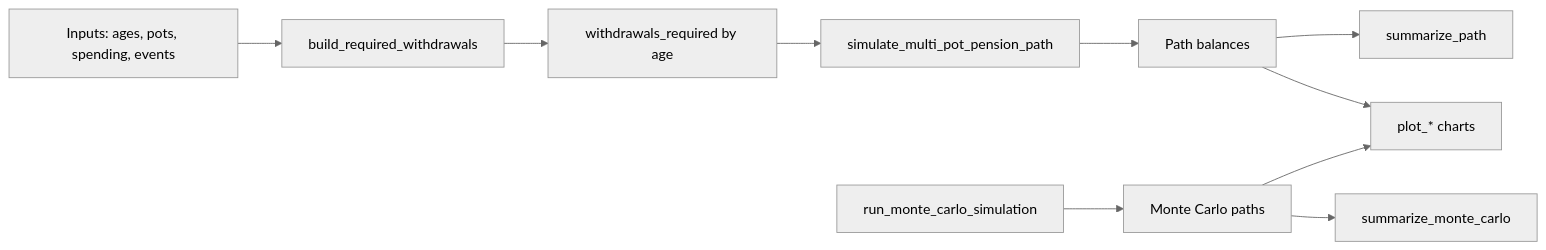
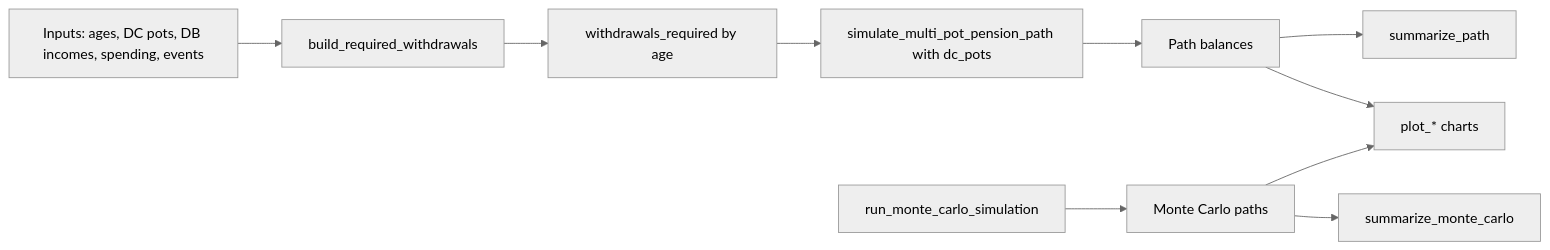
Before and after one commit to bumface11/ifa: the second of 2 diagrams in docs/ARCHITECTURE.md, drawn with Mermaid (neutral theme). The commit also changed other lines of this file and 18 other files, not shown here.

````diff
--- a/docs/ARCHITECTURE.md
+++ b/docs/ARCHITECTURE.md
@@ -48,13 +49,13 @@
 ```mermaid
 flowchart LR
-    A[Inputs: ages, pots, spending, events] --> B[build_required_withdrawals]
+    A[Inputs: ages, DC pots, DB incomes, spending, events] --> B[build_required_withdrawals]
     B --> C[withdrawals_required by age]
-    C --> D[simulate_multi_pot_pension_path]
+    C --> D[simulate_multi_pot_pension_path with dc_pots]
     D --> E[Path balances]
     E --> F[summarize_path]
     E --> G[plot_* charts]
 
     H[run_monte_carlo_simulation] --> I[Monte Carlo paths]
     I --> J[summarize_monte_carlo]
     I --> G
 ```
````
